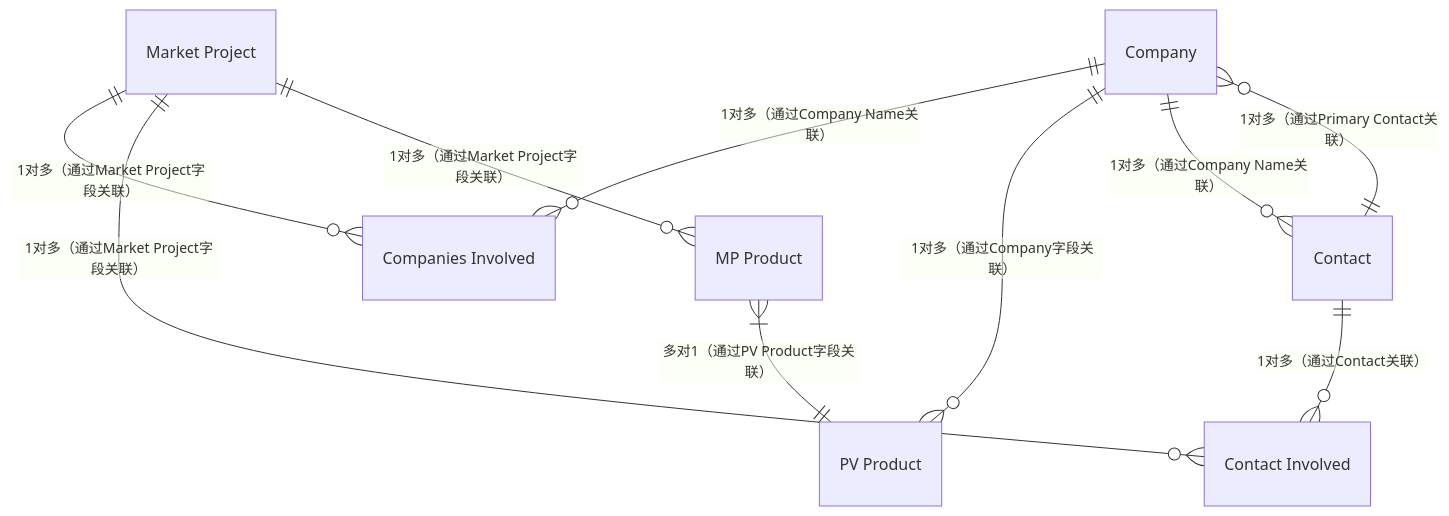
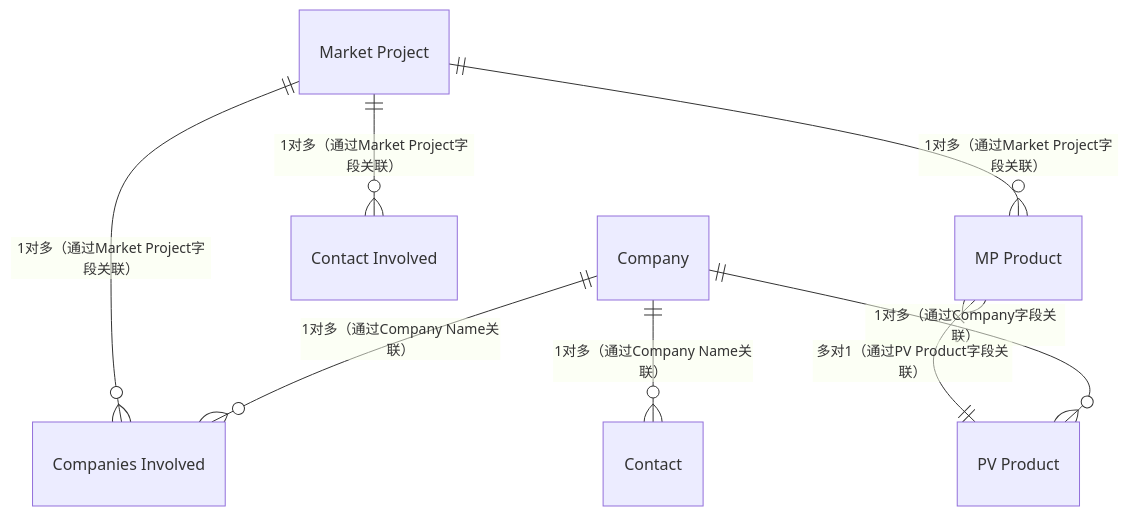
Before and after one commit to zhangziru-33/iodraw-files: the diagram in all/Norden数据E-R图.md, drawn with Mermaid.

Commit message:
2025-12-04 13:25:30 update

````diff
--- a/all/Norden数据E-R图.md
+++ b/all/Norden数据E-R图.md
@@ -1,14 +1,13 @@
 ```mermaid
 %% {init: {'theme': 'base', 'themeVariables': {'background': '#ffffff'}}}%%
 erDiagram
     Company ||--o{ "Companies Involved" : "1对多（通过Company Name关联）"
     Company ||--o{ "PV Product" : "1对多（通过Company字段关联）"
     Company ||--o{ "Contact" : "1对多（通过Company Name关联）"
     "Market Project" ||--o{ "Companies Involved" : "1对多（通过Market Project字段关联）"
     "Market Project" ||--o{ "Contact Involved" : "1对多（通过Market Project字段关联）"
     "Market Project" ||--o{ "MP Product" : "1对多（通过Market Project字段关联）"
     "MP Product" }|--|| "PV Product" : "多对1（通过PV Product字段关联）"
-    Contact ||--o{ "Contact Involved" : "1对多（通过Contact关联）"
-    Contact ||--o{ "Company" : "1对多（通过Primary Contact关联）"
+    
 
 ```
````
